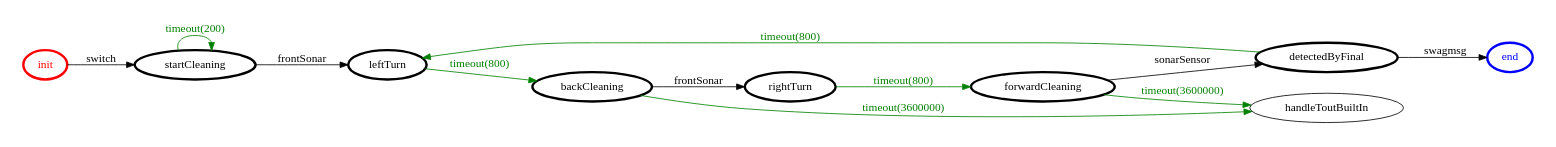
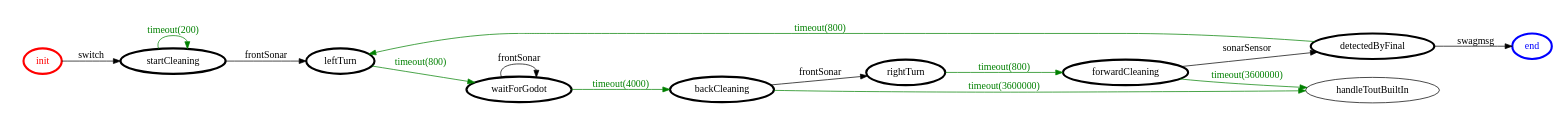
The diagram in it.unibo.finalTask2018/srcMore/it/unibo/swag3/swag3.gv (FFrabetti/ProgettoISS_relazione), drawn with Graphviz before and after one commit. The commit also changed 4 other files, not shown here.

```diff
--- a/it.unibo.finalTask2018/srcMore/it/unibo/swag3/swag3.gv
+++ b/it.unibo.finalTask2018/srcMore/it/unibo/swag3/swag3.gv
@@ -1,32 +1,35 @@
 /*
 *
 * A GraphViz DOT FSM description 
 * Please use a GraphViz visualizer (like http://www.webgraphviz.com)
 *  
 */
 
 digraph finite_state_machine {
 	rankdir=LR
 	size="8,5"
 	
 	init [ color = red ][ fontcolor = red ][ penwidth = 3 ]
 	forwardCleaning [ color = black ][ fontcolor = black ][ penwidth = 3 ]
 	rightTurn [ color = black ][ fontcolor = black ][ penwidth = 3 ]
+	waitForGodot [ color = black ][ fontcolor = black ][ penwidth = 3 ]
 	startCleaning [ color = black ][ fontcolor = black ][ penwidth = 3 ]
 	detectedByFinal [ color = black ][ fontcolor = black ][ penwidth = 3 ]
 	leftTurn [ color = black ][ fontcolor = black ][ penwidth = 3 ]
 	backCleaning [ color = black ][ fontcolor = black ][ penwidth = 3 ]
 	end [ color = blue ][ fontcolor = blue ][ penwidth = 3 ]
 	
 	detectedByFinal -> end [ label = "swagmsg" ][ color = black ][ fontcolor = black ]
-	leftTurn -> backCleaning [ label = "timeout(800)" ][ color = green ][ fontcolor = green ]
-	startCleaning -> leftTurn [ label = "frontSonar" ][ color = black ][ fontcolor = black ]
 	backCleaning -> rightTurn [ label = "frontSonar" ][ color = black ][ fontcolor = black ]
-	rightTurn -> forwardCleaning [ label = "timeout(800)" ][ color = green ][ fontcolor = green ]
+	waitForGodot -> waitForGodot [ label = "frontSonar" ][ color = black ][ fontcolor = black ]
 	startCleaning -> startCleaning [ label = "timeout(200)" ][ color = green ][ fontcolor = green ]
 	init -> startCleaning [ label = "switch" ][ color = black ][ fontcolor = black ]
+	leftTurn -> waitForGodot [ label = "timeout(800)" ][ color = green ][ fontcolor = green ]
+	waitForGodot -> backCleaning [ label = "timeout(4000)" ][ color = green ][ fontcolor = green ]
+	startCleaning -> leftTurn [ label = "frontSonar" ][ color = black ][ fontcolor = black ]
+	rightTurn -> forwardCleaning [ label = "timeout(800)" ][ color = green ][ fontcolor = green ]
 	forwardCleaning -> detectedByFinal [ label = "sonarSensor" ][ color = black ][ fontcolor = black ]
 	detectedByFinal -> leftTurn [ label = "timeout(800)" ][ color = green ][ fontcolor = green ]
 	forwardCleaning -> handleToutBuiltIn [ label = "timeout(3600000)" ][ color = green ][ fontcolor = green ]
 	backCleaning -> handleToutBuiltIn [ label = "timeout(3600000)" ][ color = green ][ fontcolor = green ]
 }
```
